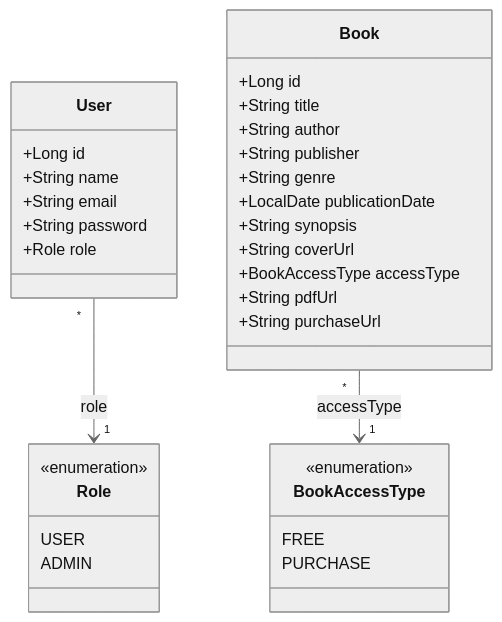
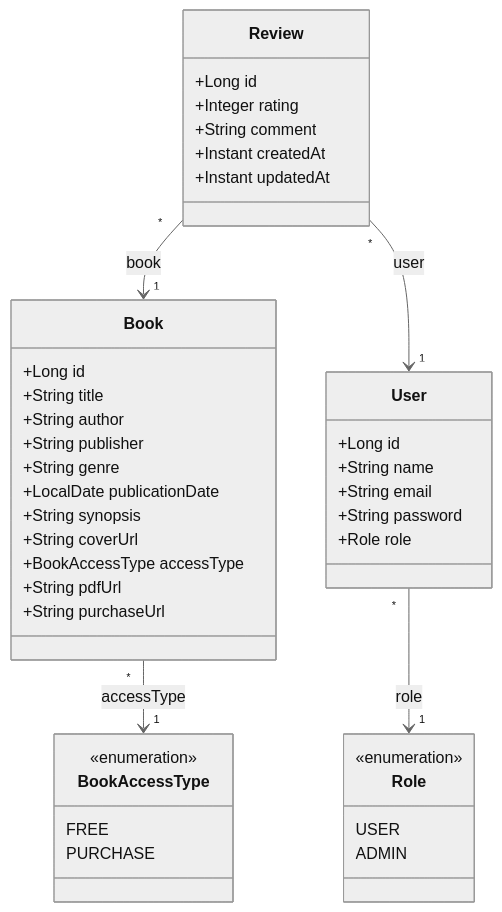
The diagram in docs/arquitetura.md (SamuelKrabbe/xopxe), drawn with Mermaid (neutral theme) before and after one commit. The commit also changed other lines of this file and 22 other files, not shown here.

````diff
--- a/docs/arquitetura.md
+++ b/docs/arquitetura.md
@@ -147,39 +203,49 @@
 ```mermaid
 classDiagram
     class User {
         +Long id
         +String name
         +String email
         +String password
         +Role role
     }
 
     class Book {
         +Long id
         +String title
         +String author
         +String publisher
         +String genre
         +LocalDate publicationDate
         +String synopsis
         +String coverUrl
         +BookAccessType accessType
         +String pdfUrl
         +String purchaseUrl
     }
 
+    class Review {
+        +Long id
+        +Integer rating
+        +String comment
+        +Instant createdAt
+        +Instant updatedAt
+    }
+
     class BookAccessType {
         <<enumeration>>
         FREE
         PURCHASE
     }
 
     class Role {
         <<enumeration>>
         USER
         ADMIN
     }
 
     User "*" --> "1" Role : role
     Book "*" --> "1" BookAccessType : accessType
+    Review "*" --> "1" Book : book
+    Review "*" --> "1" User : user
 ```
````
